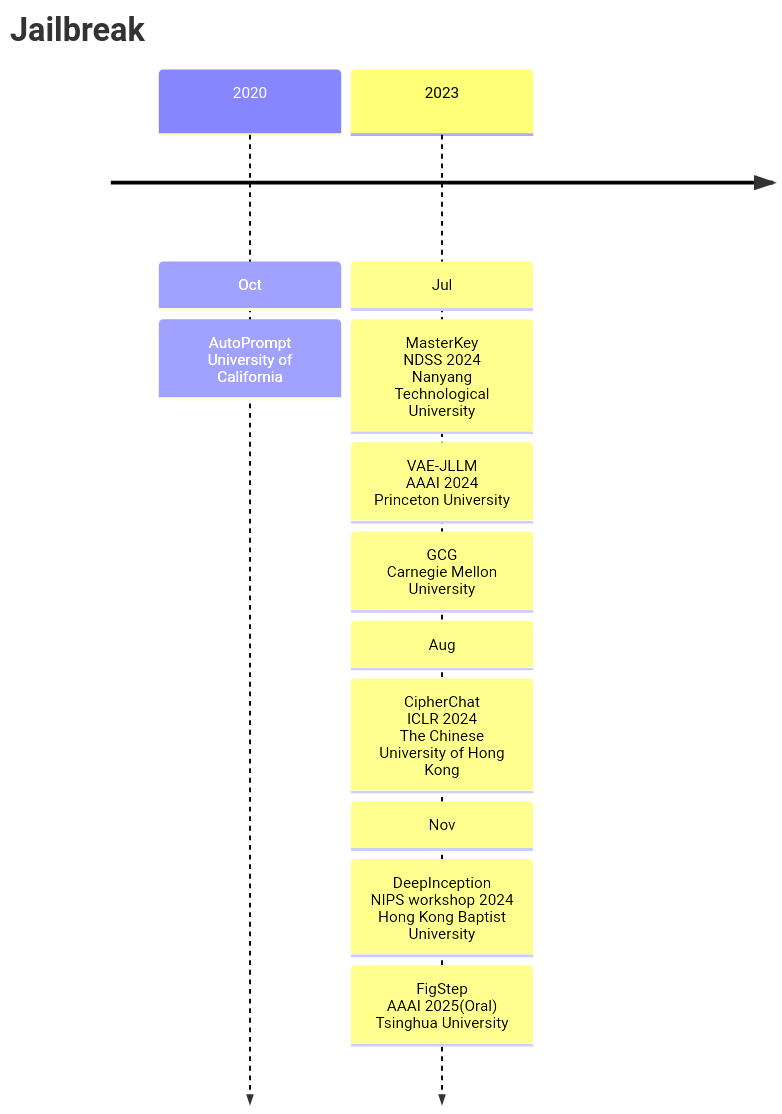
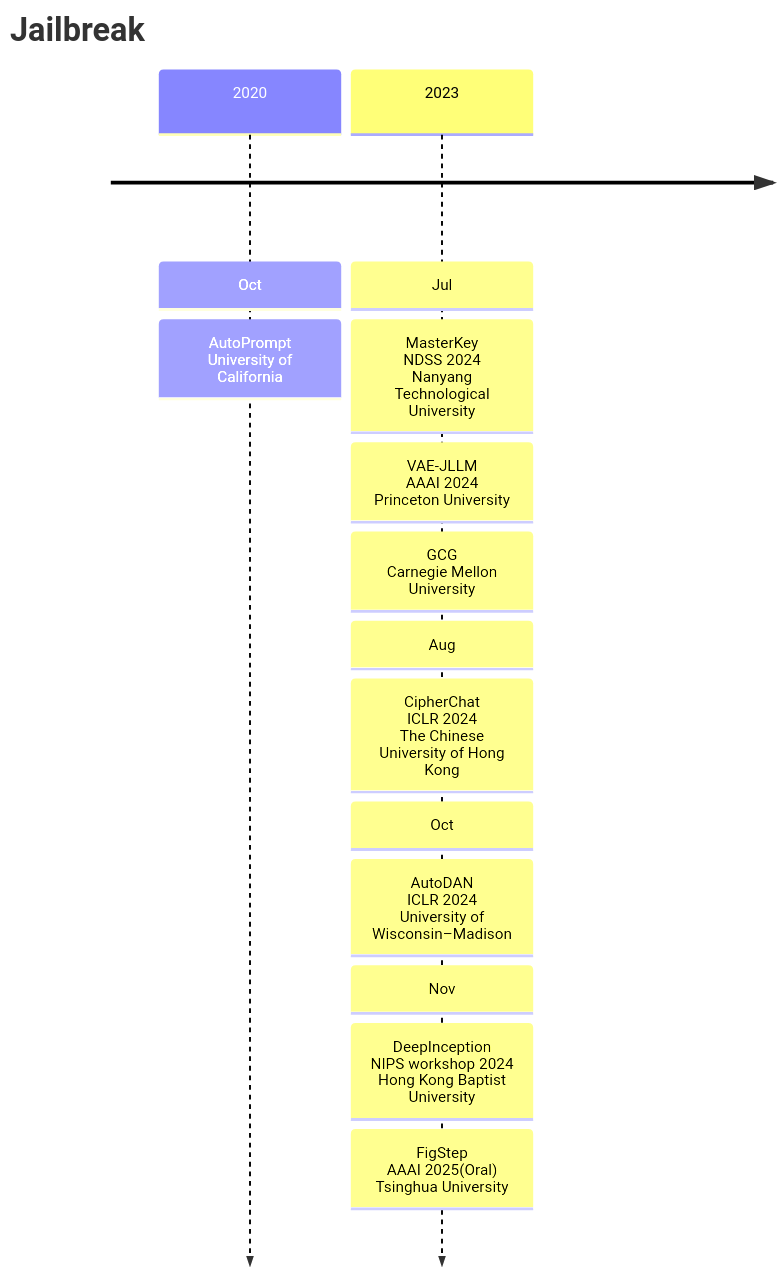
One commit to Elephant-King9/Paper changed the first of 5 diagrams in Attack/Jailbreak/analyse.md. Above: the diagram before and after it, drawn with Mermaid. The commit also changed other lines of this file and 5 other files, not shown here.

````diff
--- a/Attack/Jailbreak/analyse.md
+++ b/Attack/Jailbreak/analyse.md
@@ -5,17 +5,19 @@
 ```mermaid
 timeline
     title Jailbreak
     	2020 : Oct
     			 : AutoPrompt<br>University of California
     	2023 : Jul
     			 : MasterKey<br>NDSS 2024<br>Nanyang Technological University
     			 : VAE-JLLM<br>AAAI 2024<br>Princeton University
     			 : GCG<br>Carnegie Mellon University
     			 : Aug
     			 : CipherChat<br>ICLR 2024<br>The Chinese University of Hong Kong
+    			 : Oct
+    			 : AutoDAN<br>ICLR 2024<br>University of Wisconsin–Madison
     			 : Nov
     			 : DeepInception<br>NIPS workshop 2024<br>Hong Kong Baptist University
     			 : FigStep<br>AAAI 2025(Oral)<br>Tsinghua University
     			 
     
 ```
````
